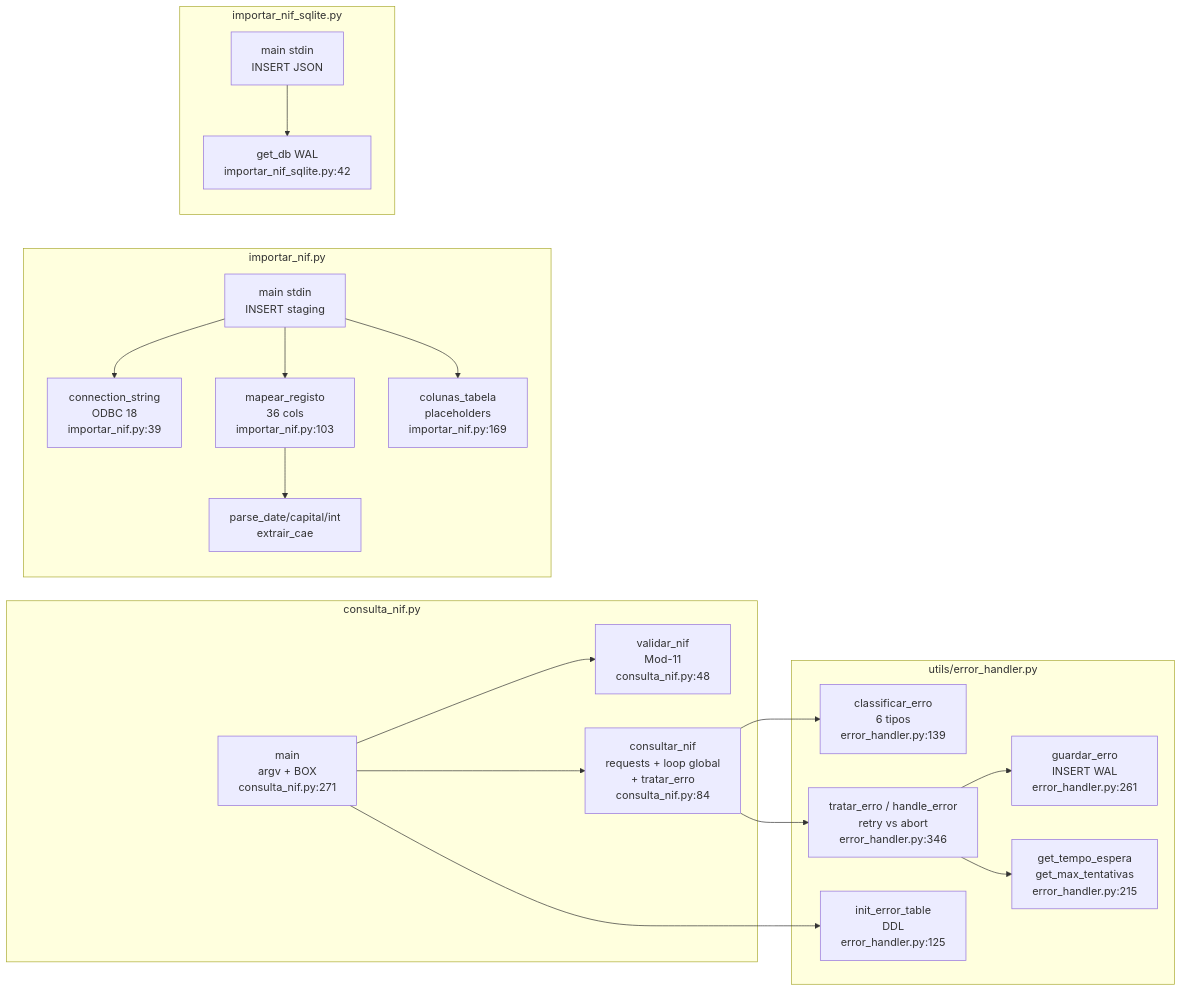
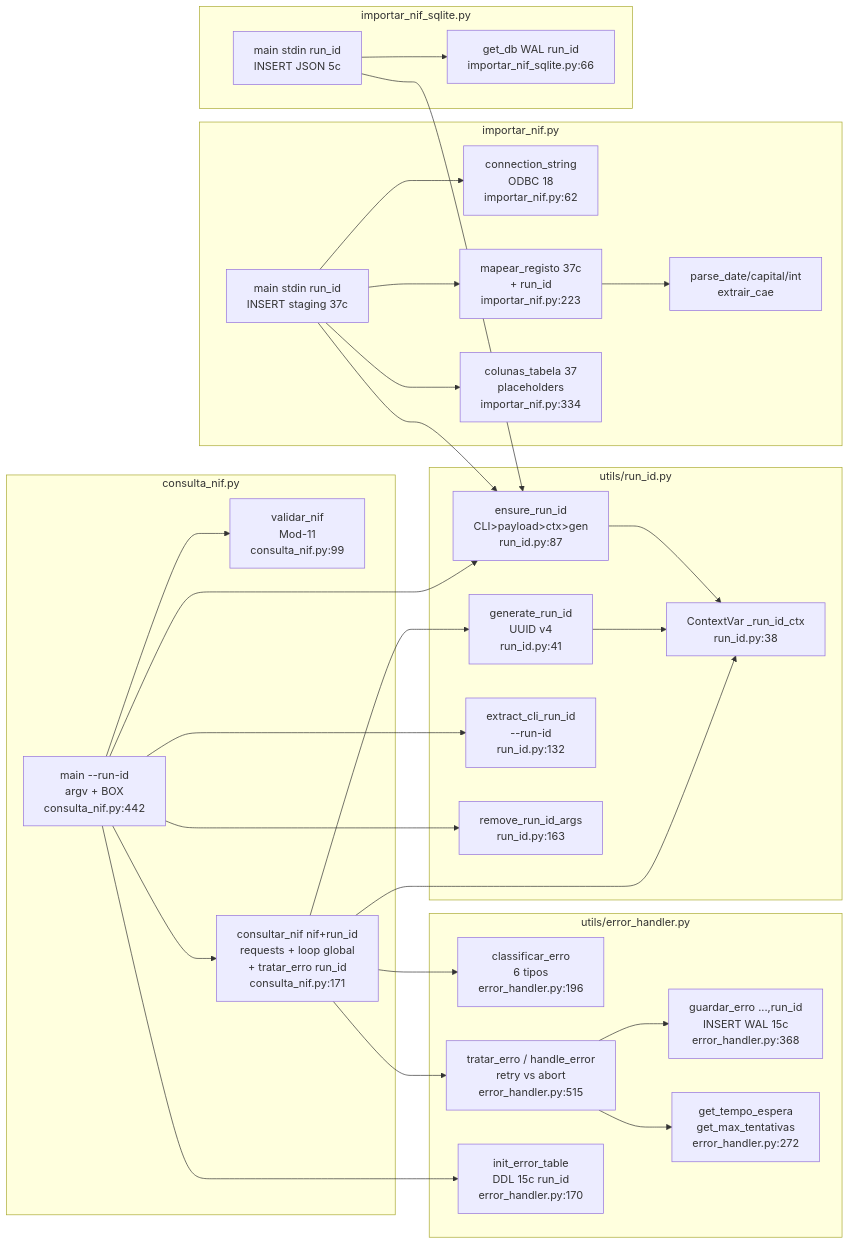
Before and after one commit to nunoetome/nif-pt: the seventh of 7 diagrams in docs/technical.md, drawn with Mermaid. The commit also changed other lines of this file and 13 other files, not shown here.

````diff
--- a/docs/technical.md
+++ b/docs/technical.md
@@ -339,33 +366,42 @@
 ```mermaid
 graph LR
+    subgraph utils/run_id.py
+        GR[generate_run_id<br/>UUID v4<br/>run_id.py:41]
+        ER[ensure_run_id<br/>CLI>payload>ctx>gen<br/>run_id.py:87]
+        EX[extract_cli_run_id<br/>--run-id<br/>run_id.py:132]
+        RM[remove_run_id_args<br/>run_id.py:163]
+        CV[ContextVar _run_id_ctx<br/>run_id.py:38]
+    end
     subgraph consulta_nif.py
-        V[validar_nif<br/>Mod-11<br/>consulta_nif.py:48]
-        C[consultar_nif<br/>requests + loop global<br/>+ tratar_erro<br/>consulta_nif.py:84]
-        M[main<br/>argv + BOX<br/>consulta_nif.py:271]
+        V[validar_nif<br/>Mod-11<br/>consulta_nif.py:99]
+        C[consultar_nif nif+run_id<br/>requests + loop global<br/>+ tratar_erro run_id<br/>consulta_nif.py:171]
+        M[main --run-id<br/>argv + BOX<br/>consulta_nif.py:442]
     end
     subgraph utils/error_handler.py
-        CE[classificar_erro<br/>6 tipos<br/>error_handler.py:139]
-        TE[tratar_erro / handle_error<br/>retry vs abort<br/>error_handler.py:346]
-        GE[guardar_erro<br/>INSERT WAL<br/>error_handler.py:261]
-        IE[init_error_table<br/>DDL<br/>error_handler.py:125]
-        GT[get_tempo_espera<br/>get_max_tentativas<br/>error_handler.py:215]
+        CE[classificar_erro<br/>6 tipos<br/>error_handler.py:196]
+        TE[tratar_erro / handle_error<br/>retry vs abort<br/>error_handler.py:515]
+        GE[guardar_erro ...,run_id<br/>INSERT WAL 15c<br/>error_handler.py:368]
+        IE[init_error_table<br/>DDL 15c run_id<br/>error_handler.py:170]
+        GT[get_tempo_espera<br/>get_max_tentativas<br/>error_handler.py:272]
     end
     subgraph importar_nif.py
-        CS[connection_string<br/>ODBC 18<br/>importar_nif.py:39]
-        MR[mapear_registo<br/>36 cols<br/>importar_nif.py:103]
-        CT[colunas_tabela<br/>placeholders<br/>importar_nif.py:169]
+        CS[connection_string<br/>ODBC 18<br/>importar_nif.py:62]
+        MR[mapear_registo 37c<br/>+ run_id<br/>importar_nif.py:223]
+        CT[colunas_tabela 37<br/>placeholders<br/>importar_nif.py:334]
         PD[parse_date/capital/int<br/>extrair_cae]
-        MI[main stdin<br/>INSERT staging]
+        MI[main stdin run_id<br/>INSERT staging 37c]
     end
     subgraph importar_nif_sqlite.py
-        GD[get_db WAL<br/>importar_nif_sqlite.py:42]
-        MS[main stdin<br/>INSERT JSON]
+        GD[get_db WAL run_id<br/>importar_nif_sqlite.py:66]
+        MS[main stdin run_id<br/>INSERT JSON 5c]
     end
-    M --> V & C
-    C --> CE & TE
+    M --> EX & RM & ER & V & C
+    C --> GR & CV & CE & TE
     TE --> GE & GT
     M --> IE
-    MI --> MR & CS & CT
+    MI --> ER & MR & CS & CT
     MR --> PD
-    MS --> GD
+    MS --> ER & GD
+    GR --> CV
+    ER --> CV
 ```
````
